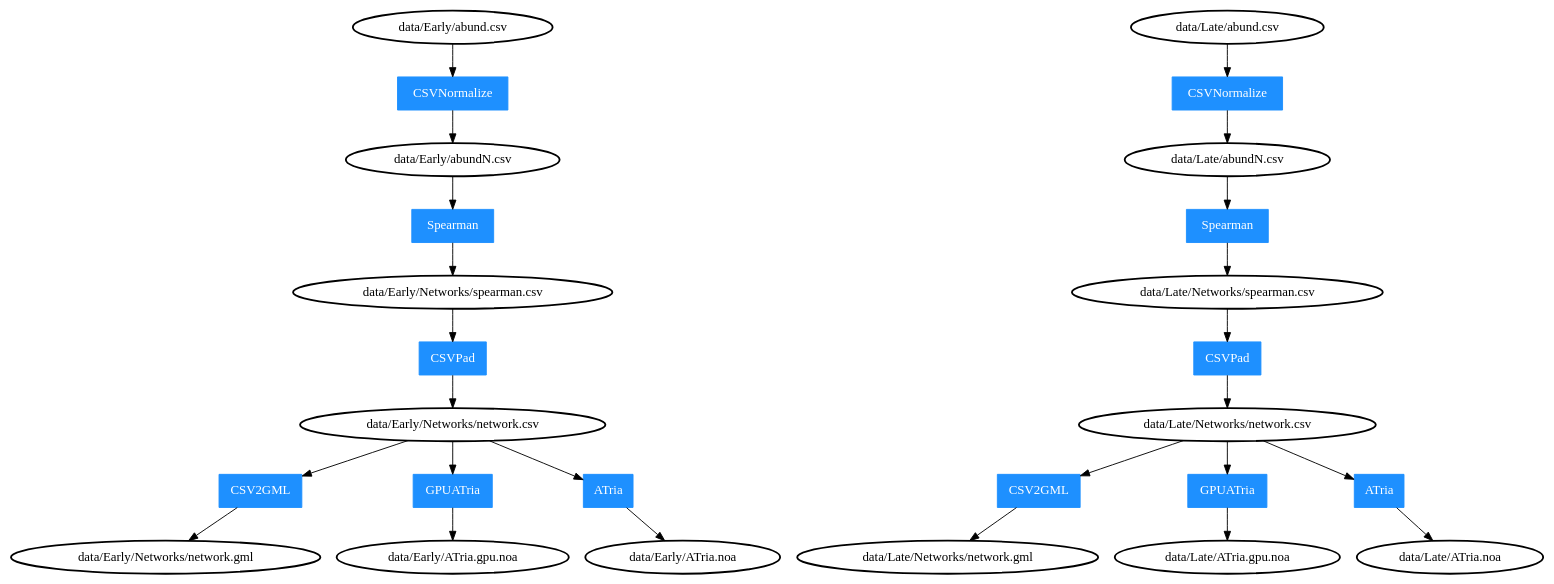
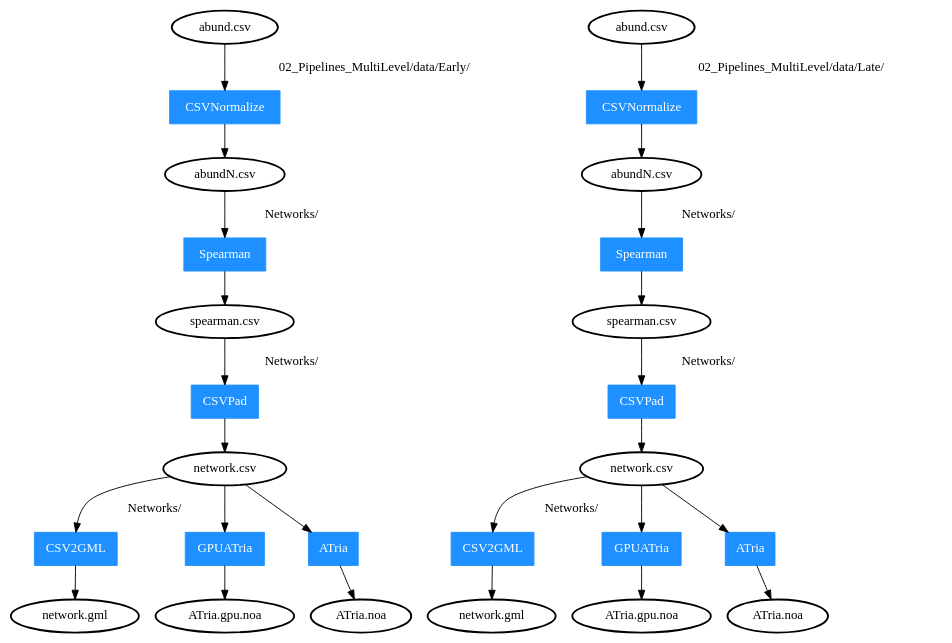
The diagram in 02_Pipelines_MultiLevel/expected.dot (movingpictures83/PipeViz), drawn with Graphviz before and after one commit. The commit also changed 1 other file, not shown here.

Commit message:
Update expected for pipelines tests

```diff
--- a/02_Pipelines_MultiLevel/expected.dot
+++ b/02_Pipelines_MultiLevel/expected.dot
@@ -1,27 +1,63 @@
 digraph G {
 	node [style=bold];
-	"data/Early/abund.csv"->"0"->"data/Early/abundN.csv";
-	"data/Early/abundN.csv"->"1"->"data/Early/Networks/spearman.csv";
-	"data/Early/Networks/spearman.csv"->"2"->"data/Early/Networks/network.csv";
-	"data/Early/Networks/network.csv"->"3"->"data/Early/Networks/network.gml";
-	"data/Early/Networks/network.csv"->"4"->"data/Early/ATria.gpu.noa";
-	"data/Early/Networks/network.csv"->"5"->"data/Early/ATria.noa";
-	"data/Late/abund.csv"->"6"->"data/Late/abundN.csv";
-	"data/Late/abundN.csv"->"7"->"data/Late/Networks/spearman.csv";
-	"data/Late/Networks/spearman.csv"->"8"->"data/Late/Networks/network.csv";
-	"data/Late/Networks/network.csv"->"9"->"data/Late/Networks/network.gml";
-	"data/Late/Networks/network.csv"->"10"->"data/Late/ATria.gpu.noa";
-	"data/Late/Networks/network.csv"->"11"->"data/Late/ATria.noa";
+	"02_Pipelines_MultiLevel/data/Early/abund.csv"->"0" [label = "	02_Pipelines_MultiLevel/data/Early/	"];
+	"0"->"02_Pipelines_MultiLevel/data/Early/abundN.csv";
+	"02_Pipelines_MultiLevel/data/Early/abund.csv" [label = "abund.csv"];
+	"02_Pipelines_MultiLevel/data/Early/abundN.csv" [label = "abundN.csv"];
+	"02_Pipelines_MultiLevel/data/Early/abundN.csv"->"1" [label = "	Networks/	"];
+	"1"->"02_Pipelines_MultiLevel/data/Early/Networks/spearman.csv";
+	"02_Pipelines_MultiLevel/data/Early/abundN.csv" [label = "abundN.csv"];
+	"02_Pipelines_MultiLevel/data/Early/Networks/spearman.csv" [label = "spearman.csv"];
+	"02_Pipelines_MultiLevel/data/Early/Networks/spearman.csv"->"2" [label = "	Networks/	"];
+	"2"->"02_Pipelines_MultiLevel/data/Early/Networks/network.csv";
+	"02_Pipelines_MultiLevel/data/Early/Networks/spearman.csv" [label = "spearman.csv"];
+	"02_Pipelines_MultiLevel/data/Early/Networks/network.csv" [label = "network.csv"];
+	"02_Pipelines_MultiLevel/data/Early/Networks/network.csv"->"3" [label = "	Networks/	"];
+	"3"->"02_Pipelines_MultiLevel/data/Early/Networks/network.gml";
+	"02_Pipelines_MultiLevel/data/Early/Networks/network.csv" [label = "network.csv"];
+	"02_Pipelines_MultiLevel/data/Early/Networks/network.gml" [label = "network.gml"];
+	"02_Pipelines_MultiLevel/data/Early/Networks/network.csv"->"4";
+	"4"->"02_Pipelines_MultiLevel/data/Early/ATria.gpu.noa";
+	"02_Pipelines_MultiLevel/data/Early/Networks/network.csv" [label = "network.csv"];
+	"02_Pipelines_MultiLevel/data/Early/ATria.gpu.noa" [label = "ATria.gpu.noa"];
+	"02_Pipelines_MultiLevel/data/Early/Networks/network.csv"->"5";
+	"5"->"02_Pipelines_MultiLevel/data/Early/ATria.noa";
+	"02_Pipelines_MultiLevel/data/Early/Networks/network.csv" [label = "network.csv"];
+	"02_Pipelines_MultiLevel/data/Early/ATria.noa" [label = "ATria.noa"];
+	"02_Pipelines_MultiLevel/data/Late/abund.csv"->"6" [label = "	02_Pipelines_MultiLevel/data/Late/	"];
+	"6"->"02_Pipelines_MultiLevel/data/Late/abundN.csv";
+	"02_Pipelines_MultiLevel/data/Late/abund.csv" [label = "abund.csv"];
+	"02_Pipelines_MultiLevel/data/Late/abundN.csv" [label = "abundN.csv"];
+	"02_Pipelines_MultiLevel/data/Late/abundN.csv"->"7" [label = "	Networks/	"];
+	"7"->"02_Pipelines_MultiLevel/data/Late/Networks/spearman.csv";
+	"02_Pipelines_MultiLevel/data/Late/abundN.csv" [label = "abundN.csv"];
+	"02_Pipelines_MultiLevel/data/Late/Networks/spearman.csv" [label = "spearman.csv"];
+	"02_Pipelines_MultiLevel/data/Late/Networks/spearman.csv"->"8" [label = "	Networks/	"];
+	"8"->"02_Pipelines_MultiLevel/data/Late/Networks/network.csv";
+	"02_Pipelines_MultiLevel/data/Late/Networks/spearman.csv" [label = "spearman.csv"];
+	"02_Pipelines_MultiLevel/data/Late/Networks/network.csv" [label = "network.csv"];
+	"02_Pipelines_MultiLevel/data/Late/Networks/network.csv"->"9" [label = "	Networks/	"];
+	"9"->"02_Pipelines_MultiLevel/data/Late/Networks/network.gml";
+	"02_Pipelines_MultiLevel/data/Late/Networks/network.csv" [label = "network.csv"];
+	"02_Pipelines_MultiLevel/data/Late/Networks/network.gml" [label = "network.gml"];
+	"02_Pipelines_MultiLevel/data/Late/Networks/network.csv"->"10";
+	"10"->"02_Pipelines_MultiLevel/data/Late/ATria.gpu.noa";
+	"02_Pipelines_MultiLevel/data/Late/Networks/network.csv" [label = "network.csv"];
+	"02_Pipelines_MultiLevel/data/Late/ATria.gpu.noa" [label = "ATria.gpu.noa"];
+	"02_Pipelines_MultiLevel/data/Late/Networks/network.csv"->"11";
+	"11"->"02_Pipelines_MultiLevel/data/Late/ATria.noa";
+	"02_Pipelines_MultiLevel/data/Late/Networks/network.csv" [label = "network.csv"];
+	"02_Pipelines_MultiLevel/data/Late/ATria.noa" [label = "ATria.noa"];
 	"0" [label="CSVNormalize", shape=box, color=dodgerblue1, fontcolor=white, style=filled];
 	"1" [label="Spearman", shape=box, color=dodgerblue1, fontcolor=white, style=filled];
 	"2" [label="CSVPad", shape=box, color=dodgerblue1, fontcolor=white, style=filled];
 	"3" [label="CSV2GML", shape=box, color=dodgerblue1, fontcolor=white, style=filled];
 	"4" [label="GPUATria", shape=box, color=dodgerblue1, fontcolor=white, style=filled];
 	"5" [label="ATria", shape=box, color=dodgerblue1, fontcolor=white, style=filled];
 	"6" [label="CSVNormalize", shape=box, color=dodgerblue1, fontcolor=white, style=filled];
 	"7" [label="Spearman", shape=box, color=dodgerblue1, fontcolor=white, style=filled];
 	"8" [label="CSVPad", shape=box, color=dodgerblue1, fontcolor=white, style=filled];
 	"9" [label="CSV2GML", shape=box, color=dodgerblue1, fontcolor=white, style=filled];
 	"10" [label="GPUATria", shape=box, color=dodgerblue1, fontcolor=white, style=filled];
 	"11" [label="ATria", shape=box, color=dodgerblue1, fontcolor=white, style=filled];
 }
```
